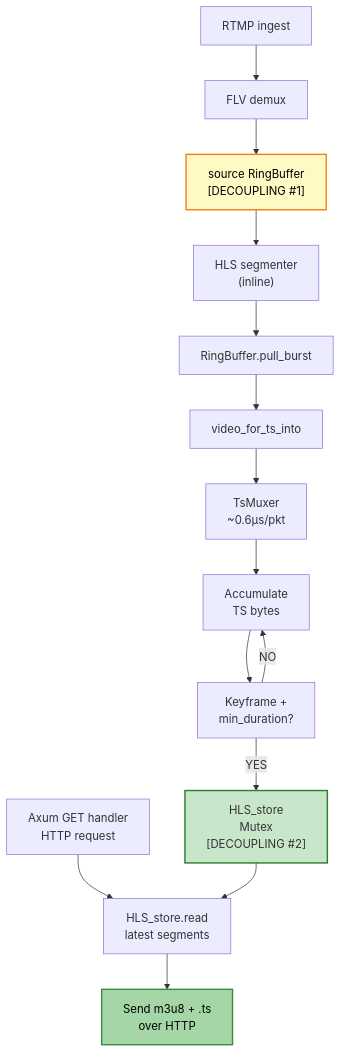
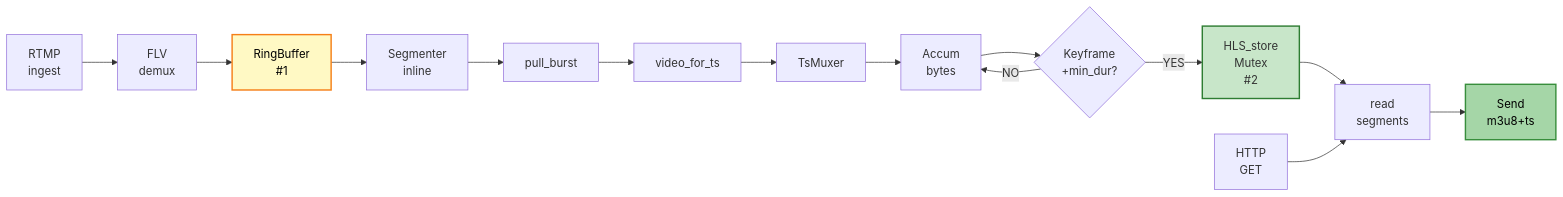
One commit to live-miracles/restream changed diagram 11 of 24 in docs/run-to-completion-analysis.md. Above: the diagram before and after it, drawn with Mermaid. The commit also changed other lines of this file, not shown here.

First line of the commit message:
Restructure diagrams to use horizontal layout for vertical space efficiency

````diff
--- a/docs/run-to-completion-analysis.md
+++ b/docs/run-to-completion-analysis.md
@@ -492,26 +400,12 @@
 ```mermaid
-graph TD
-    A["RTMP ingest"]
-    B["FLV demux"]
-    C["source RingBuffer<br/>[DECOUPLING #1]"]
-    D["HLS segmenter<br/>(inline)"]
-    E["RingBuffer.pull_burst"]
-    F["video_for_ts_into"]
-    G["TsMuxer<br/>~0.6µs/pkt"]
-    H["Accumulate<br/>TS bytes"]
-    I["Keyframe +<br/>min_duration?"]
-    J["HLS_store<br/>Mutex<br/>[DECOUPLING #2]"]
-    K["Axum GET handler<br/>HTTP request"]
-    L["HLS_store.read<br/>latest segments"]
-    M["Send m3u8 + .ts<br/>over HTTP"]
-    
-    A --> B --> C --> D --> E --> F --> G --> H --> I
-    I -->|YES| J
+graph LR
+    A["RTMP<br/>ingest"] --> B["FLV<br/>demux"] --> C["RingBuffer<br/>#1"] --> D["Segmenter<br/>inline"]
+    D --> E["pull_burst"] --> F["video_for_ts"] --> G["TsMuxer"] --> H["Accum<br/>bytes"]
+    H --> I{"Keyframe<br/>+min_dur?"} -->|YES| J["HLS_store<br/>Mutex<br/>#2"] --> L["read<br/>segments"]
     I -->|NO| H
-    K --> L --> M
-    J --> L
+    K["HTTP<br/>GET"] --> L --> M["Send<br/>m3u8+ts"]
     
     style C fill:#fff9c4,stroke:#f57f17,stroke-width:2px,color:#000
     style J fill:#c8e6c9,stroke:#2e7d32,stroke-width:2px,color:#333
     style M fill:#a5d6a7,stroke:#388e3c,stroke-width:2px,color:#000
 ```
````
